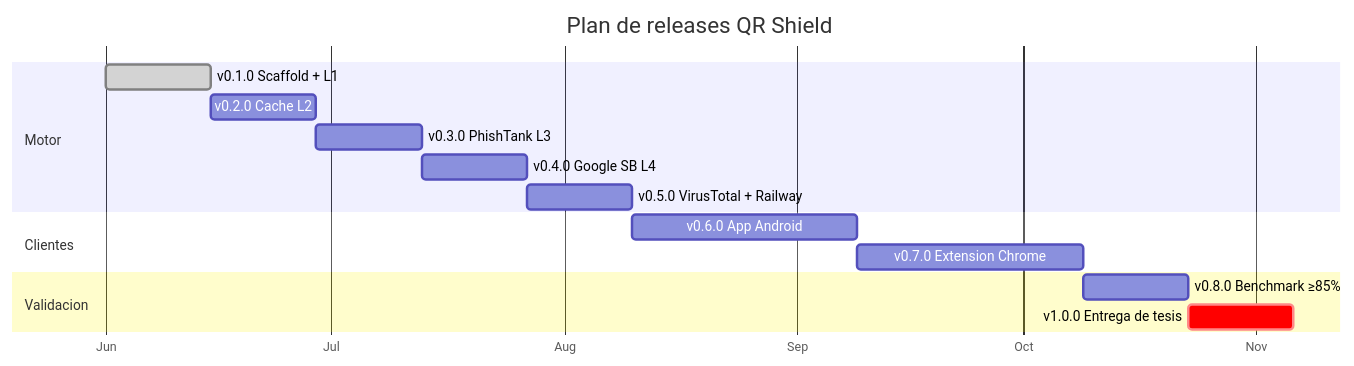
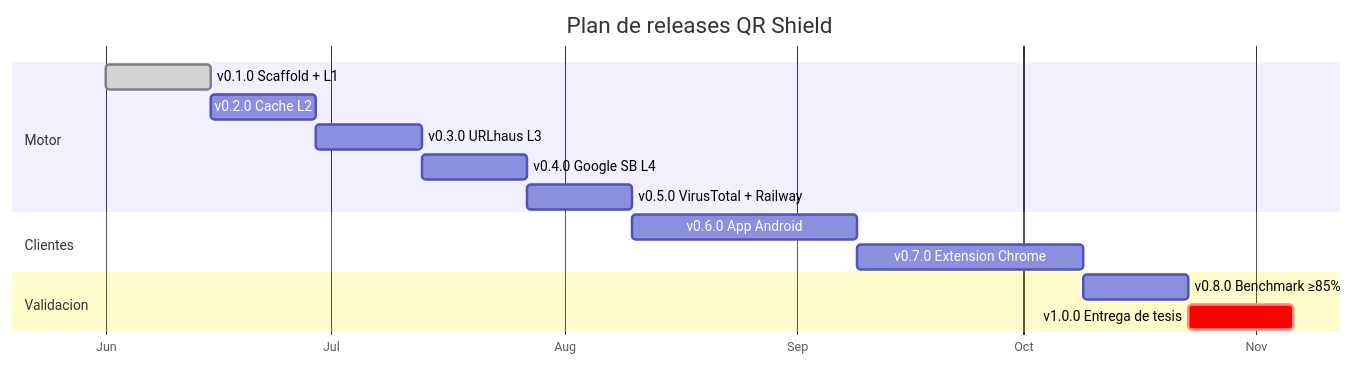
Before and after one commit to Mickaell22/qr-shield: the second of 2 diagrams in README.md, drawn with Mermaid. The commit also changed other lines of this file, not shown here.

First line of the commit message:
docs: separa lo implementado del roadmap y corrige la fuente L3

````diff
--- a/README.md
+++ b/README.md
@@ -214,18 +244,18 @@
 ```mermaid
 gantt
     title Plan de releases QR Shield
     dateFormat YYYY-MM-DD
     axisFormat %b
     section Motor
     v0.1.0 Scaffold + L1     :done,    v01, 2026-06-01, 14d
     v0.2.0 Cache L2          :         v02, after v01, 14d
-    v0.3.0 PhishTank L3      :         v03, after v02, 14d
+    v0.3.0 URLhaus L3        :         v03, after v02, 14d
     v0.4.0 Google SB L4      :         v04, after v03, 14d
     v0.5.0 VirusTotal + Railway :     v05, after v04, 14d
     section Clientes
     v0.6.0 App Android       :         v06, after v05, 30d
     v0.7.0 Extension Chrome  :         v07, after v06, 30d
     section Validacion
     v0.8.0 Benchmark ≥85%    :         v08, after v07, 14d
     v1.0.0 Entrega de tesis  :crit,    v10, after v08, 14d
 ```
````
